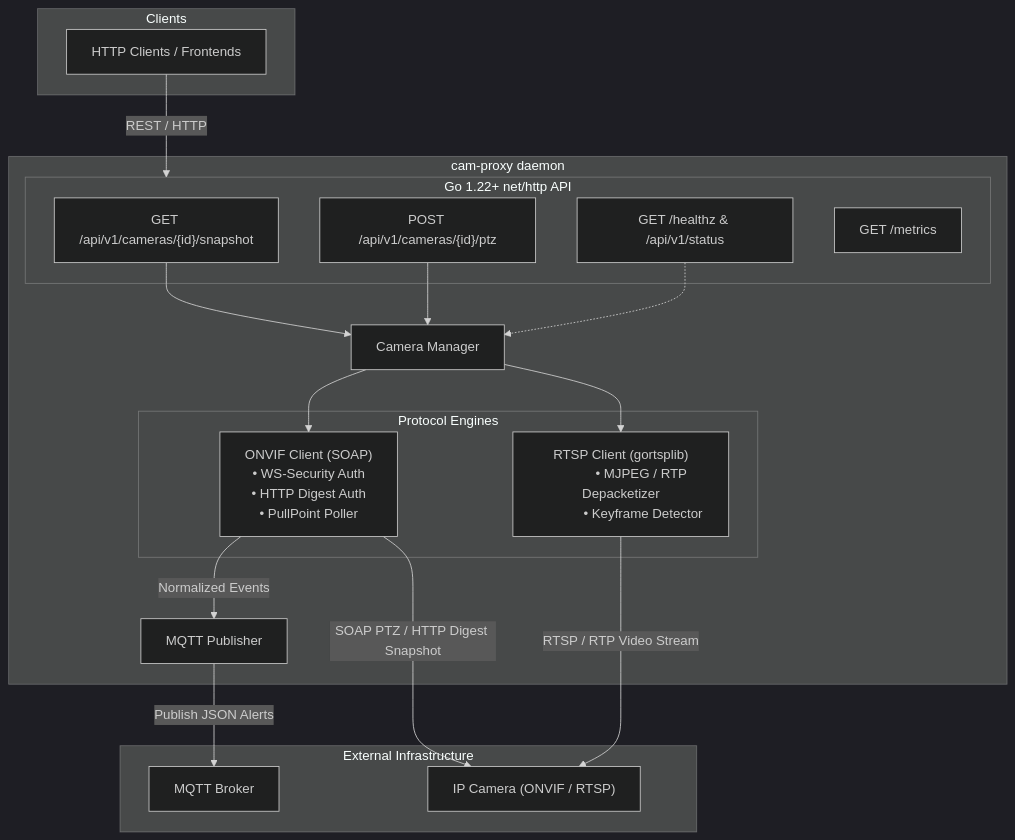
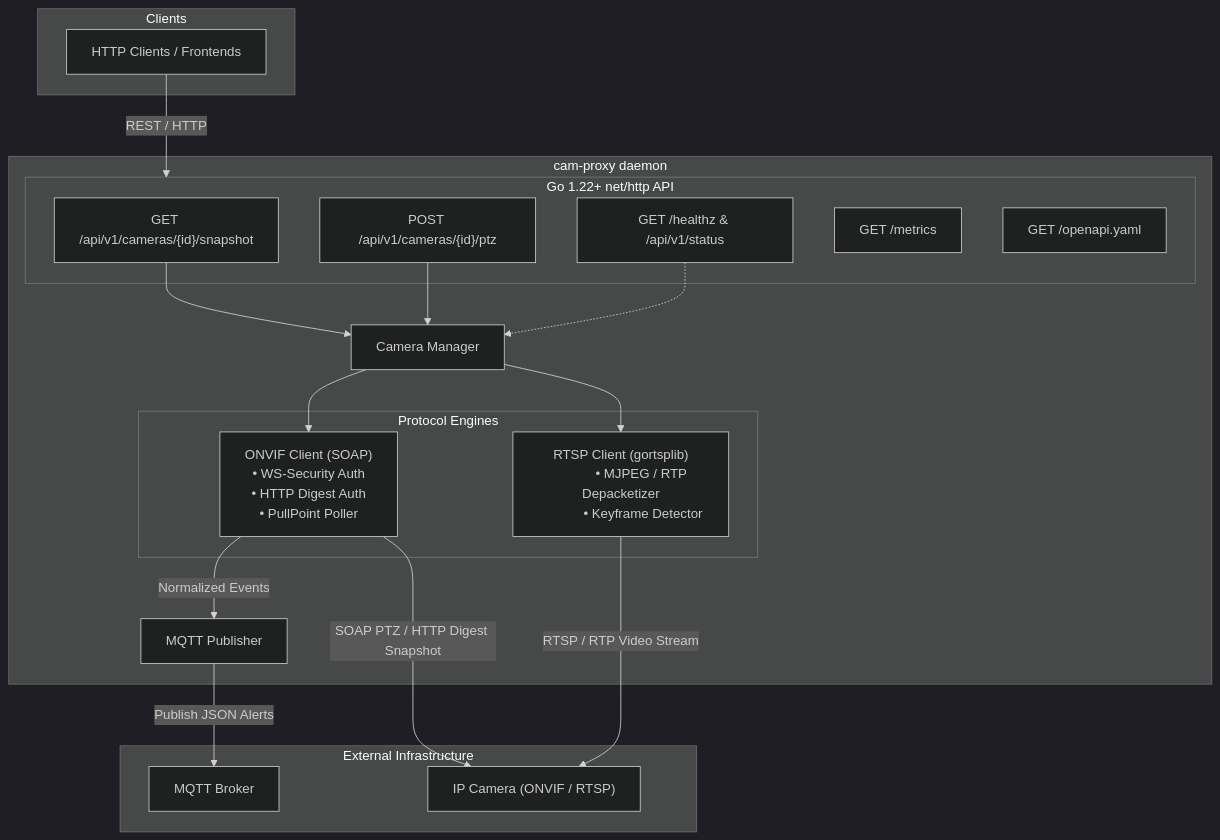
Before and after one commit to smford/cam-proxy: the diagram in README.md, drawn with Mermaid (dark theme). The commit also changed other lines of this file and 4 other files, not shown here.

Commit message:
feat: add OpenAPI 3.1.0 specification and embed endpoint at /openapi.yaml

````diff
--- a/README.md
+++ b/README.md
@@ -14,49 +14,50 @@
 ```mermaid
 flowchart TD
     subgraph Clients["Clients"]
         HTTPClients["HTTP Clients / Frontends"]
     end
 
     subgraph Daemon["cam-proxy daemon"]
         subgraph API["Go 1.22+ net/http API"]
             SnapshotEP["GET /api/v1/cameras/{id}/snapshot"]
             PTZEP["POST /api/v1/cameras/{id}/ptz"]
             HealthzEP["GET /healthz & /api/v1/status"]
             MetricsEP["GET /metrics"]
+            OpenAPIEP["GET /openapi.yaml"]
         end
 
         Manager["Camera Manager"]
 
         subgraph Protocols["Protocol Engines"]
             ONVIF["ONVIF Client (SOAP)
             • WS-Security Auth
             • HTTP Digest Auth
             • PullPoint Poller"]
 
             RTSP["RTSP Client (gortsplib)
             • MJPEG / RTP Depacketizer
             • Keyframe Detector"]
         end
 
         MQTTPub["MQTT Publisher"]
     end
 
     subgraph External["External Infrastructure"]
         Broker["MQTT Broker"]
         Camera["IP Camera (ONVIF / RTSP)"]
     end
 
     HTTPClients -->|REST / HTTP| API
     SnapshotEP --> Manager
     PTZEP --> Manager
     HealthzEP -.-> Manager
 
     Manager --> ONVIF
     Manager --> RTSP
 
     ONVIF -->|SOAP PTZ / HTTP Digest Snapshot| Camera
     RTSP -->|RTSP / RTP Video Stream| Camera
 
     ONVIF -->|Normalized Events| MQTTPub
     MQTTPub -->|Publish JSON Alerts| Broker
 ```
````
